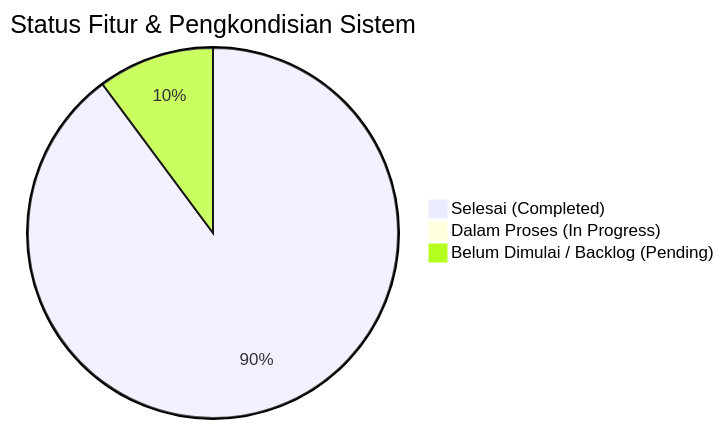
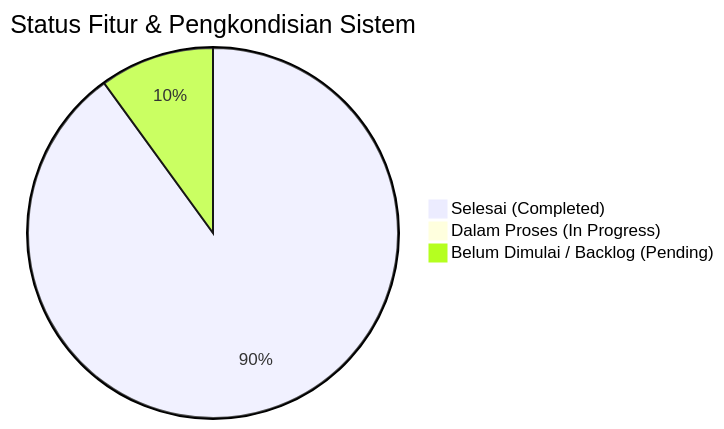
Before and after one commit to 4lliiifffff/pengembangan-presensi-pkbmpikat: the diagram in docs/progress_pengembangan_sistem_presensi.md, drawn with Mermaid. The commit also changed other lines of this file and 6 other files, not shown here.

````diff
--- a/docs/progress_pengembangan_sistem_presensi.md
+++ b/docs/progress_pengembangan_sistem_presensi.md
@@ -12,6 +13,6 @@
 ```mermaid
 pie title Status Fitur & Pengkondisian Sistem
-    "Selesai (Completed)" : 53
+    "Selesai (Completed)" : 54
     "Dalam Proses (In Progress)" : 0
     "Belum Dimulai / Backlog (Pending)" : 6
 ```
````
